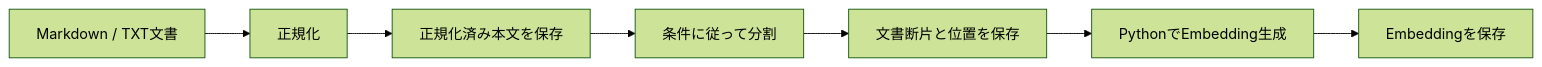
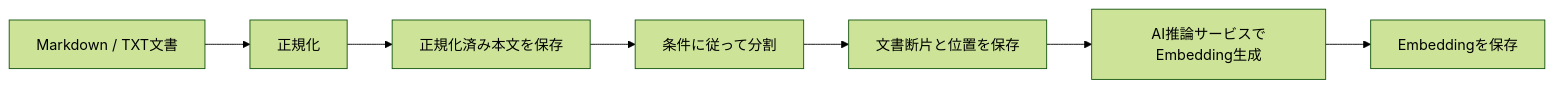
Before and after one commit to takashit16833/RAGScope: the third of 6 diagrams in RAGScope/docs/design/システムアーキテクチャ.md, drawn with Mermaid (forest theme). The commit also changed other lines of this file and 26 other files, not shown here.

````diff
--- a/RAGScope/docs/design/システムアーキテクチャ.md
+++ b/RAGScope/docs/design/システムアーキテクチャ.md
@@ -200,9 +200,9 @@
 ```mermaid
 flowchart LR
     Source["Markdown / TXT文書"] --> Normalize["正規化"]
     Normalize --> StoreDocument["正規化済み本文を保存"]
     StoreDocument --> Chunk["条件に従って分割"]
     Chunk --> StoreChunk["文書断片と位置を保存"]
-    StoreChunk --> Embed["PythonでEmbedding生成"]
+    StoreChunk --> Embed["AI推論サービスでEmbedding生成"]
     Embed --> StoreEmbedding["Embeddingを保存"]
 ```
````
